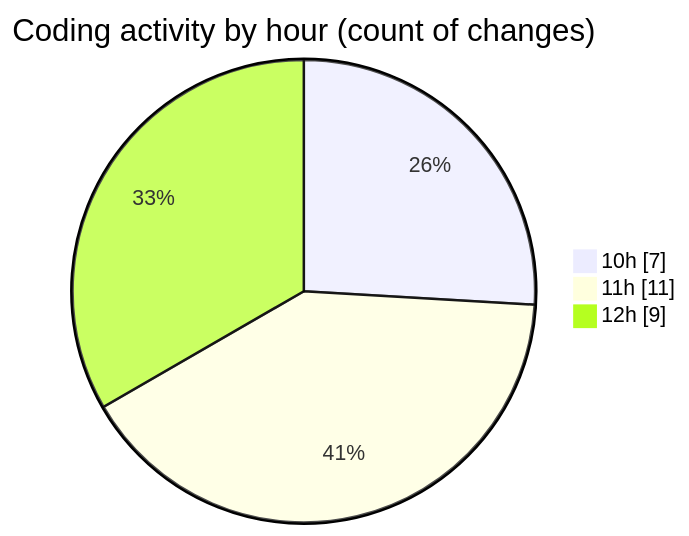
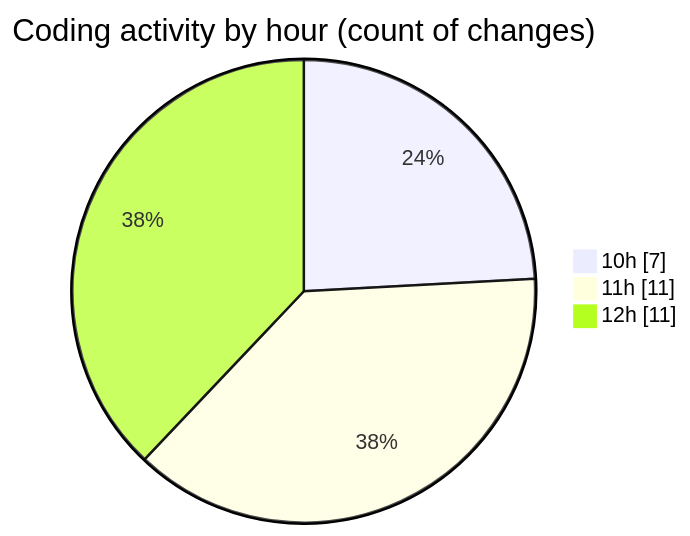
Before and after one commit to igalym/code-tracking: the second of 2 diagrams in 2026-03-31/cinema/README.md, drawn with Mermaid. The commit also changed other lines of this file and 1 other file, not shown here.

````diff
--- a/2026-03-31/cinema/README.md
+++ b/2026-03-31/cinema/README.md
@@ -38,7 +39,7 @@
 ```mermaid
 pie showData
 title Coding activity by hour (count of changes)
 "10h" : 7
 "11h" : 11
-"12h" : 9
+"12h" : 11
 ```
````
